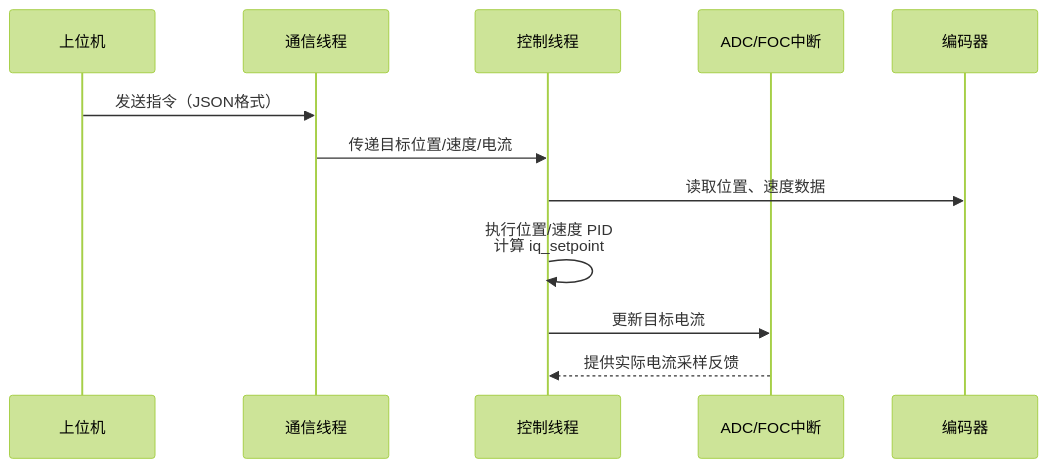
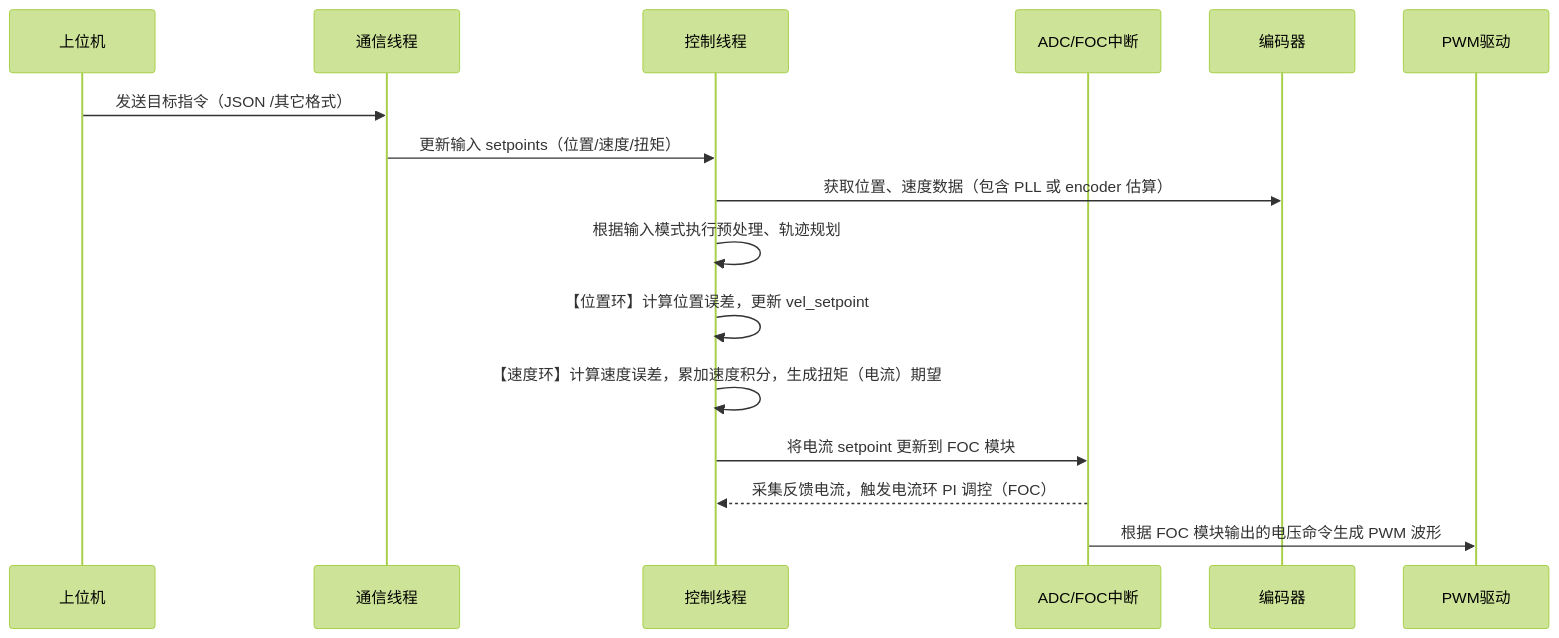
The third of 3 diagrams in README_cn.md (MoonGrt/Wheel_Robot), drawn with Mermaid (forest theme) before and after one commit. The commit also changed other lines of this file and 3 other files, not shown here.

````diff
--- a/README_cn.md
+++ b/README_cn.md
@@ -864,15 +589,18 @@
-```mermaid
-sequenceDiagram
-    participant 上位机
-    participant 通信线程
-    participant 控制线程
-    participant ADC/FOC中断
-    participant 编码器
-
-    上位机->>通信线程: 发送指令（JSON格式）
-    通信线程->>控制线程: 传递目标位置/速度/电流
-    控制线程->>编码器: 读取位置、速度数据
-    控制线程->>控制线程: 执行位置/速度 PID<br>计算 iq_setpoint
-    控制线程->>ADC/FOC中断: 更新目标电流
-    ADC/FOC中断-->>控制线程: 提供实际电流采样反馈
-```
+  ```mermaid
+  sequenceDiagram
+      participant 上位机
+      participant 通信线程
+      participant 控制线程
+      participant ADC/FOC中断
+      participant 编码器
+  
+      上位机->>通信线程: 发送目标指令（JSON /其它格式）
+      通信线程->>控制线程: 更新输入 setpoints（位置/速度/扭矩）
+      控制线程->>编码器: 获取位置、速度数据（包含 PLL 或 encoder 估算）
+      控制线程->>控制线程: 根据输入模式执行预处理、轨迹规划
+      控制线程->>控制线程: 【位置环】计算位置误差，更新 vel_setpoint
+      控制线程->>控制线程: 【速度环】计算速度误差，累加速度积分，生成扭矩（电流）期望
+      控制线程->>ADC/FOC中断: 将电流 setpoint 更新到 FOC 模块
+      ADC/FOC中断-->>控制线程: 采集反馈电流，触发电流环 PI 调控（FOC）
+      ADC/FOC中断->>PWM驱动: 根据 FOC 模块输出的电压命令生成 PWM 波形
+  ```
````
